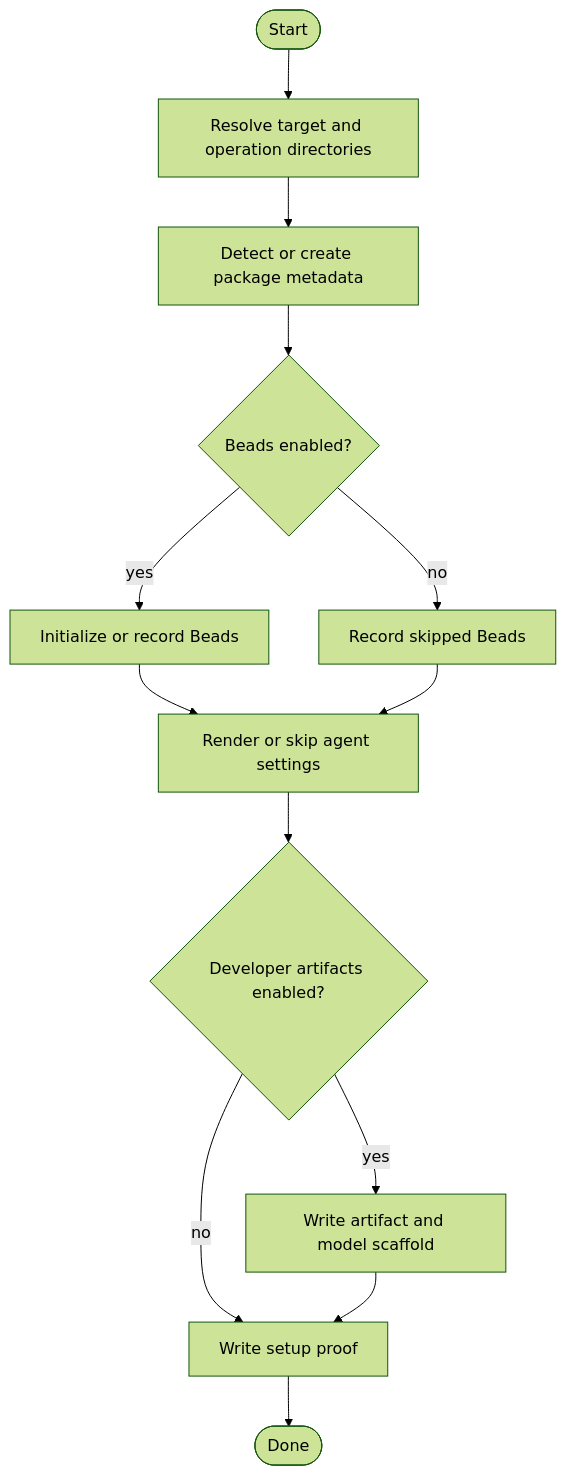
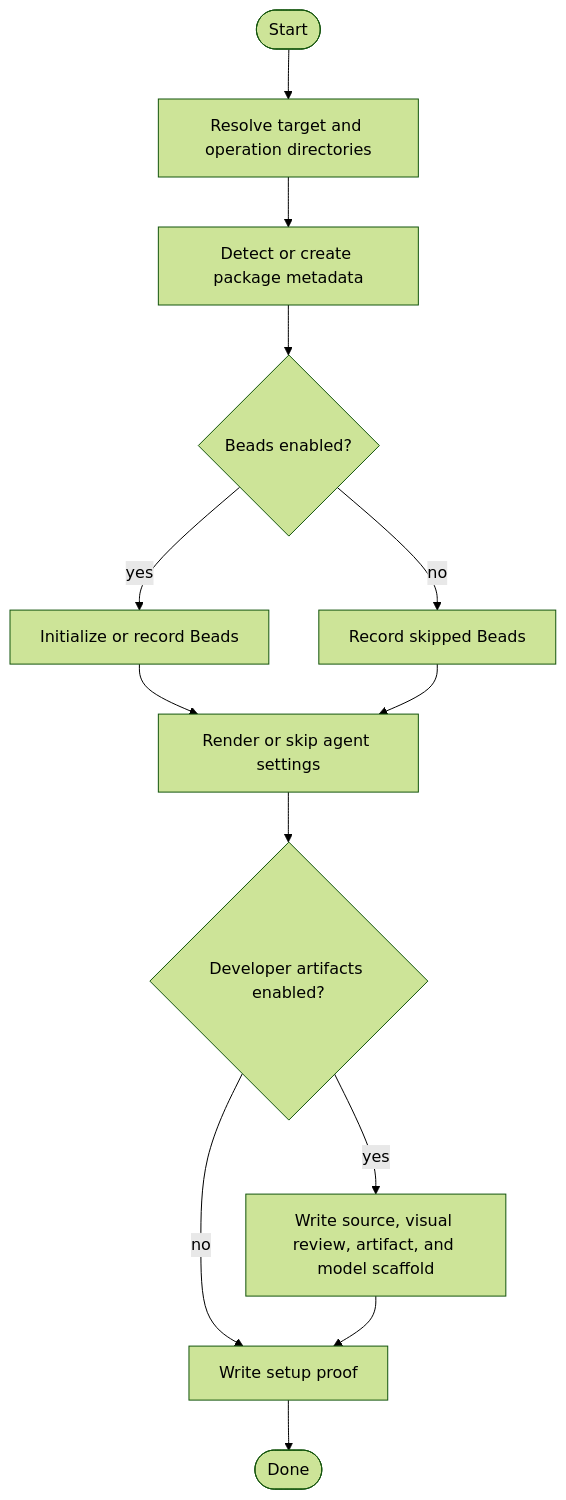
Before and after one commit to 45ck/skill-harness: the diagram in docs/artifacts/source/models/sh-activity-setup-project.md, drawn with Mermaid (forest theme). The commit also changed other lines of this file and 45 other files, not shown here.

Commit message:
Add visual source-first artifact doctrine

````diff
--- a/docs/artifacts/source/models/sh-activity-setup-project.md
+++ b/docs/artifacts/source/models/sh-activity-setup-project.md
@@ -39,15 +39,15 @@
 ```mermaid
 flowchart TD
   Start([Start]) --> Resolve["Resolve target and operation directories"]
   Resolve --> Package["Detect or create package metadata"]
   Package --> Beads{"Beads enabled?"}
   Beads -->|yes| InitBeads["Initialize or record Beads"]
   Beads -->|no| SkipBeads["Record skipped Beads"]
   InitBeads --> Agents
   SkipBeads --> Agents["Render or skip agent settings"]
   Agents --> Artifacts{"Developer artifacts enabled?"}
-  Artifacts -->|yes| Scaffold["Write artifact and model scaffold"]
+  Artifacts -->|yes| Scaffold["Write source, visual review, artifact, and model scaffold"]
   Artifacts -->|no| Proof["Write setup proof"]
   Scaffold --> Proof
   Proof --> End([Done])
 ```
````
